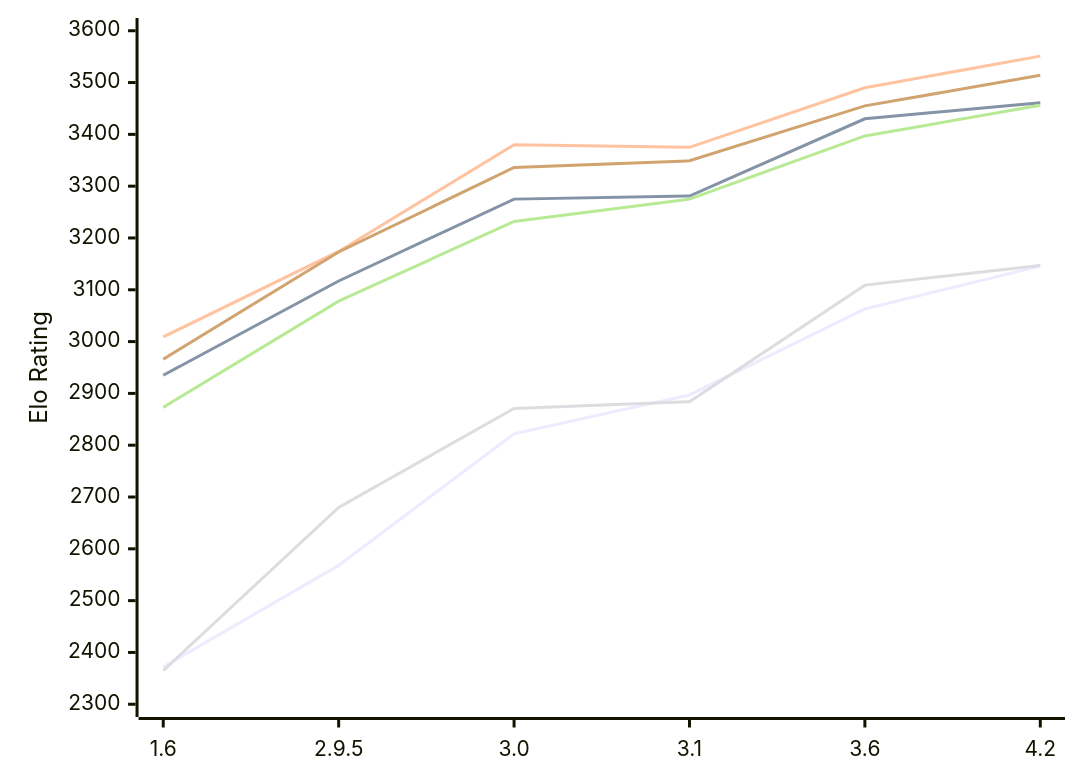
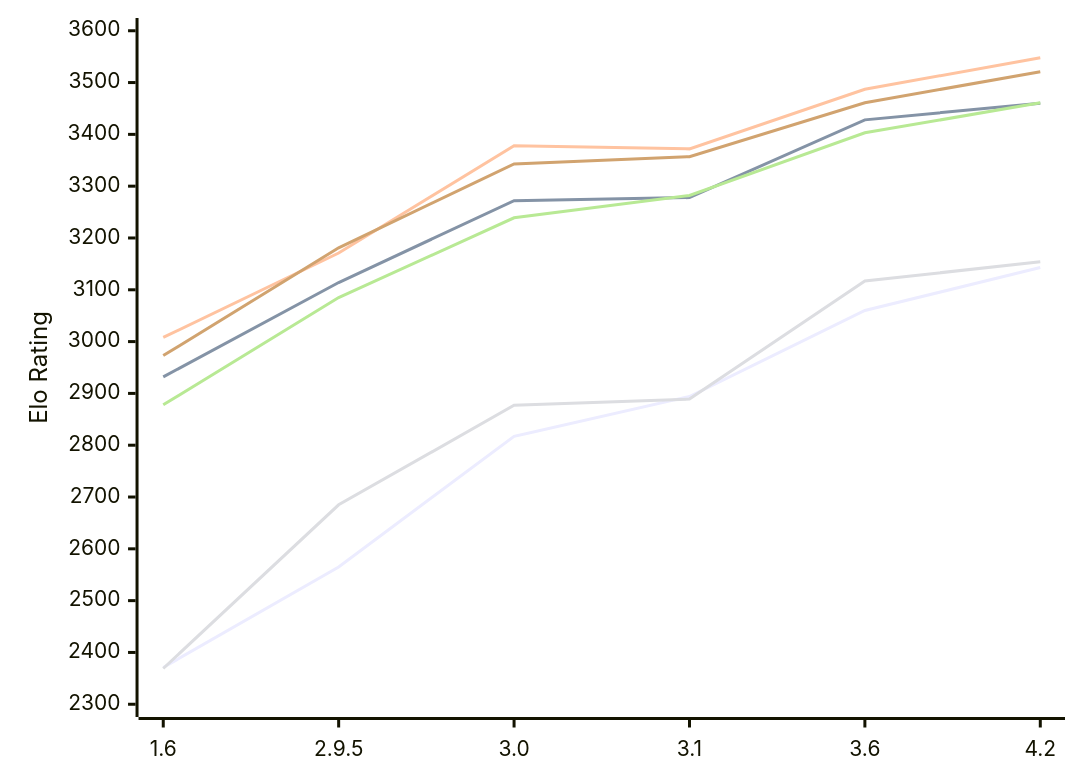
Before and after one commit to computer-chess-index/cci: the diagram in engines/Chessenger.md, drawn with Mermaid. The commit also changed other lines of this file, not shown here.

Commit message:
Update CCI Ratings (ELO VLTC) - 2026-11-23

````diff
--- a/engines/Chessenger.md
+++ b/engines/Chessenger.md
@@ -57,12 +57,12 @@
 ```mermaid
 %%{init: {"theme":"base","themeVariables":{"seriesColors:['#a3a3a3','#222221','#faa371']}}}%%
 xychart-beta
   x-axis ["1.6", "2.9.5", "3.0", "3.1", "3.6", "4.2"]
   y-axis "Elo Rating" 2300 --> 3600
-  line "E1: STC (8.0+0.08s)" [2372, 2568, 2822, 2897, 3063, 3146]
-  line "E1: LTC (60.0+0.60s)" [2935, 3117, 3275, 3281, 3430, 3461]
-  line "E1: VLTC (2m24s+1.12s)" [3009, 3174, 3380, 3375, 3490, 3551]
-  line "P1: STC (8.0+0.08s)" [2365, 2680, 2871, 2884, 3109, 3147]
-  line "P1: LTC (60.0+0.60s)" [2873, 3078, 3232, 3275, 3397, 3456]
-  line "P1: VLTC (2m24s+1.12s)" [2966, 3173, 3336, 3349, 3455, 3514]
+  line "E1: STC (8.0+0.08s)" [2371, 2565, 2817, 2894, 3060, 3143]
+  line "E1: LTC (60.0+0.60s)" [2932, 3114, 3272, 3278, 3428, 3460]
+  line "E1: VLTC (2m24s+1.12s)" [3008, 3171, 3378, 3372, 3487, 3548]
+  line "P1: STC (8.0+0.08s)" [2369, 2685, 2877, 2889, 3117, 3154]
+  line "P1: LTC (60.0+0.60s)" [2878, 3085, 3239, 3282, 3403, 3461]
+  line "P1: VLTC (2m24s+1.12s)" [2973, 3181, 3343, 3357, 3461, 3521]
 ```
````
